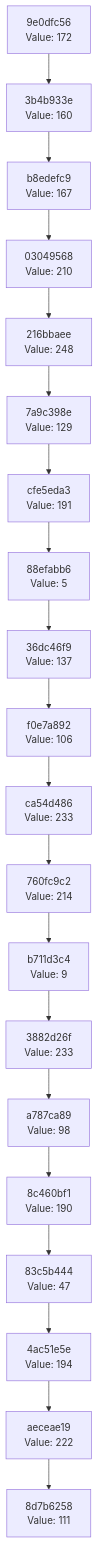
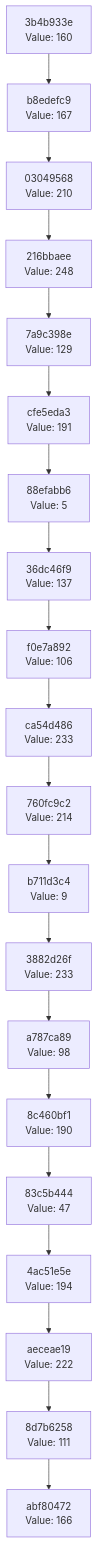
Before and after one commit to Abhisheksinha1506/hash-chain-evolver: the diagram in docs/CHAIN_VISUALIZATION.md, drawn with Mermaid. The commit also changed 3 other files, not shown here.

````diff
--- a/docs/CHAIN_VISUALIZATION.md
+++ b/docs/CHAIN_VISUALIZATION.md
@@ -3,42 +3,42 @@
 ```mermaid
 graph TD
-    C0["8d7b6258<br/>Value: 111"]
-    C1["aeceae19<br/>Value: 222"]
+    C0["abf80472<br/>Value: 166"]
+    C1["8d7b6258<br/>Value: 111"]
     C1 --> C0
-    C2["4ac51e5e<br/>Value: 194"]
+    C2["aeceae19<br/>Value: 222"]
     C2 --> C1
-    C3["83c5b444<br/>Value: 47"]
+    C3["4ac51e5e<br/>Value: 194"]
     C3 --> C2
-    C4["8c460bf1<br/>Value: 190"]
+    C4["83c5b444<br/>Value: 47"]
     C4 --> C3
-    C5["a787ca89<br/>Value: 98"]
+    C5["8c460bf1<br/>Value: 190"]
     C5 --> C4
-    C6["3882d26f<br/>Value: 233"]
+    C6["a787ca89<br/>Value: 98"]
     C6 --> C5
-    C7["b711d3c4<br/>Value: 9"]
+    C7["3882d26f<br/>Value: 233"]
     C7 --> C6
-    C8["760fc9c2<br/>Value: 214"]
+    C8["b711d3c4<br/>Value: 9"]
     C8 --> C7
-    C9["ca54d486<br/>Value: 233"]
+    C9["760fc9c2<br/>Value: 214"]
     C9 --> C8
-    C10["f0e7a892<br/>Value: 106"]
+    C10["ca54d486<br/>Value: 233"]
     C10 --> C9
-    C11["36dc46f9<br/>Value: 137"]
+    C11["f0e7a892<br/>Value: 106"]
     C11 --> C10
-    C12["88efabb6<br/>Value: 5"]
+    C12["36dc46f9<br/>Value: 137"]
     C12 --> C11
-    C13["cfe5eda3<br/>Value: 191"]
+    C13["88efabb6<br/>Value: 5"]
     C13 --> C12
-    C14["7a9c398e<br/>Value: 129"]
+    C14["cfe5eda3<br/>Value: 191"]
     C14 --> C13
-    C15["216bbaee<br/>Value: 248"]
+    C15["7a9c398e<br/>Value: 129"]
     C15 --> C14
-    C16["03049568<br/>Value: 210"]
+    C16["216bbaee<br/>Value: 248"]
     C16 --> C15
-    C17["b8edefc9<br/>Value: 167"]
+    C17["03049568<br/>Value: 210"]
     C17 --> C16
-    C18["3b4b933e<br/>Value: 160"]
+    C18["b8edefc9<br/>Value: 167"]
     C18 --> C17
-    C19["9e0dfc56<br/>Value: 172"]
+    C19["3b4b933e<br/>Value: 160"]
     C19 --> C18
 ```
````
